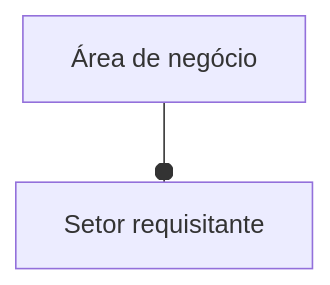
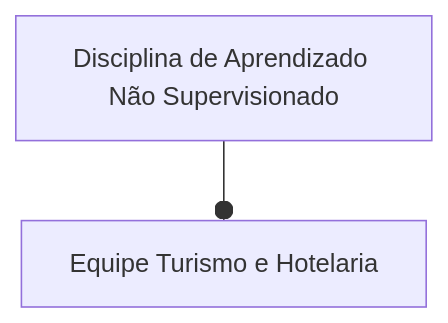
Before and after one commit to PauloEverton05/Turismo-e-hotelaria: the diagram in docs/index.md, drawn with Mermaid. The commit also changed other lines of this file and 4 other files, not shown here.

````diff
--- a/docs/index.md
+++ b/docs/index.md
@@ -42,4 +59,4 @@
 ``` mermaid
 flowchart TD
-    id1[Área de negócio] --o id2[Setor requisitante]
+    id1[Disciplina de Aprendizado Não Supervisionado] --o id2[Equipe Turismo e Hotelaria]
 ```
````
